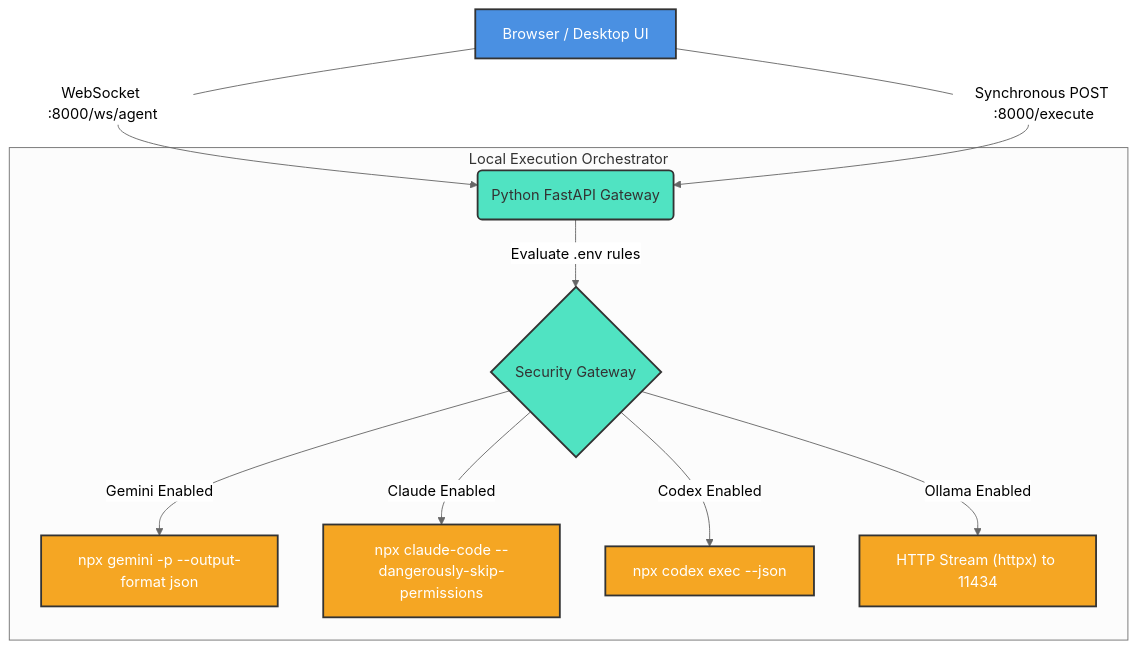
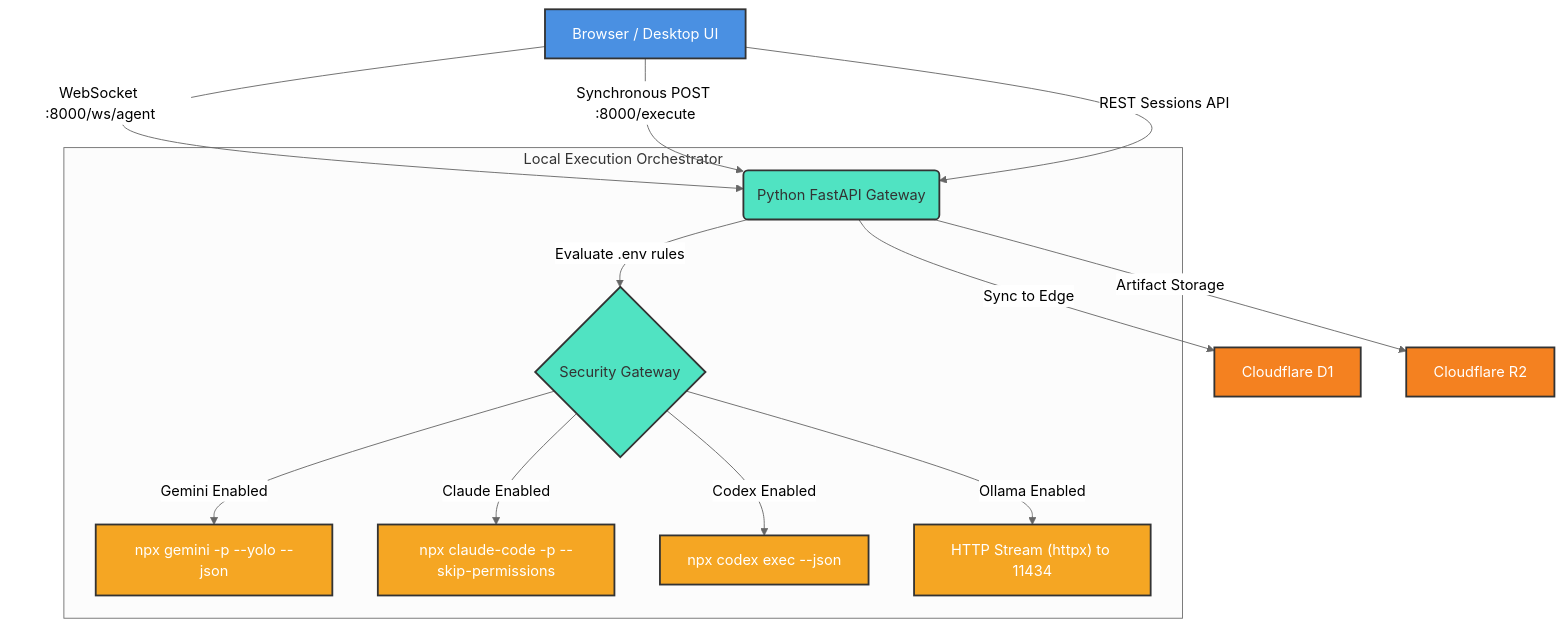
Before and after one commit to dmquant/agent-route: the first of 3 diagrams in README.md, drawn with Mermaid (neutral theme). The commit also changed other lines of this file and 23 other files, not shown here.

````diff
--- a/README.md
+++ b/README.md
@@ -14,17 +14,22 @@
 ```mermaid
 graph TD
     classDef ui fill:#4a90e2,stroke:#333,stroke-width:2px,color:#fff;
     classDef api fill:#50e3c2,stroke:#333,stroke-width:2px,color:#333;
     classDef os fill:#f5a623,stroke:#333,stroke-width:2px,color:#fff;
+    classDef cf fill:#f48120,stroke:#333,stroke-width:2px,color:#fff;
 
     A["Browser / Desktop UI"]:::ui -->|"WebSocket :8000/ws/agent"| B("Python FastAPI Gateway"):::api
     A -->|"Synchronous POST :8000/execute"| B
+    A -->|"REST Sessions API"| B
     
     subgraph Local Execution Orchestrator
     B -->|"Evaluate .env rules"| C{"Security Gateway"}:::api
-    C -->|"Gemini Enabled"| G["npx gemini -p --output-format json"]:::os
-    C -->|"Claude Enabled"| CL["npx claude-code --dangerously-skip-permissions"]:::os
+    C -->|"Gemini Enabled"| G["npx gemini -p --yolo --json"]:::os
+    C -->|"Claude Enabled"| CL["npx claude-code -p --skip-permissions"]:::os
     C -->|"Codex Enabled"| CO["npx codex exec --json"]:::os
     C -->|"Ollama Enabled"| OL["HTTP Stream (httpx) to 11434"]:::os
     end
+
+    B -->|"Sync to Edge"| D1["Cloudflare D1"]:::cf
+    B -->|"Artifact Storage"| R2["Cloudflare R2"]:::cf
 ```
````
